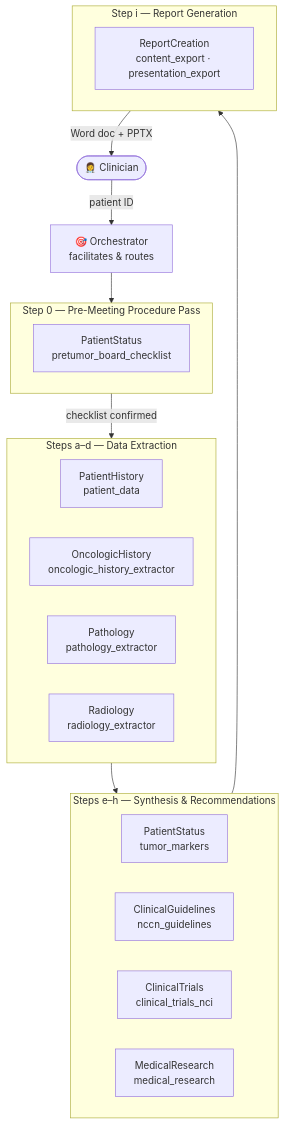
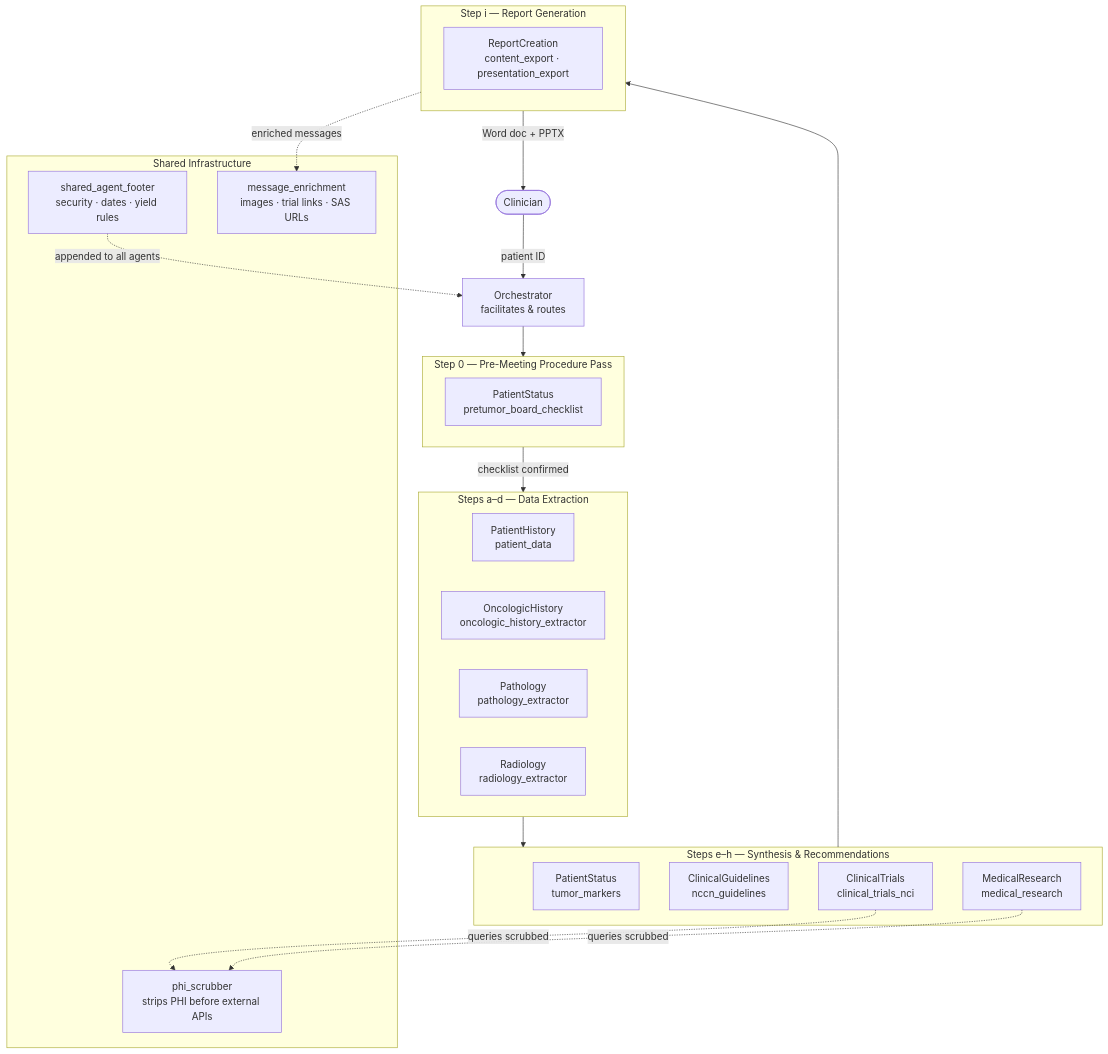
Before and after one commit to RushAI-jcr/rushtumorboard: the first of 4 diagrams in README.md, drawn with Mermaid. The commit also changed other lines of this file and 1 other file, not shown here.

First line of the commit message:
docs: update README and CLAUDE.md with PHI scrubber, shared footer, and enrichment parity

````diff
--- a/README.md
+++ b/README.md
@@ -31,35 +34,46 @@
 ```mermaid
 flowchart TD
-    User(["👩‍⚕️ Clinician"])
-    Orch["🎯 Orchestrator\nfacilitates & routes"]
+    User(["Clinician"])
+    Orch["Orchestrator\nfacilitates & routes"]
 
     User -->|patient ID| Orch
 
     subgraph step0["Step 0 — Pre-Meeting Procedure Pass"]
         PS0["PatientStatus\npretumor_board_checklist"]
     end
 
     subgraph steps_a_d["Steps a–d — Data Extraction"]
         PH["PatientHistory\npatient_data"]
         OH["OncologicHistory\noncologic_history_extractor"]
         PA["Pathology\npathology_extractor"]
         RA["Radiology\nradiology_extractor"]
     end
 
     subgraph steps_e_h["Steps e–h — Synthesis & Recommendations"]
         PS["PatientStatus\ntumor_markers"]
         CG["ClinicalGuidelines\nnccn_guidelines"]
         CT["ClinicalTrials\nclinical_trials_nci"]
         MR["MedicalResearch\nmedical_research"]
     end
 
     subgraph step_i["Step i — Report Generation"]
         RC["ReportCreation\ncontent_export · presentation_export"]
     end
 
+    subgraph shared["Shared Infrastructure"]
+        PHI["phi_scrubber\nstrips PHI before external APIs"]
+        Footer["shared_agent_footer\nsecurity · dates · yield rules"]
+        Enrich["message_enrichment\nimages · trial links · SAS URLs"]
+    end
+
     Orch --> step0
     step0 -->|checklist confirmed| steps_a_d
     steps_a_d --> steps_e_h
     steps_e_h --> step_i
     step_i -->|Word doc + PPTX| User
+
+    CT -.->|queries scrubbed| PHI
+    MR -.->|queries scrubbed| PHI
+    Footer -.->|appended to all agents| Orch
+    step_i -.->|enriched messages| Enrich
 ```
````
